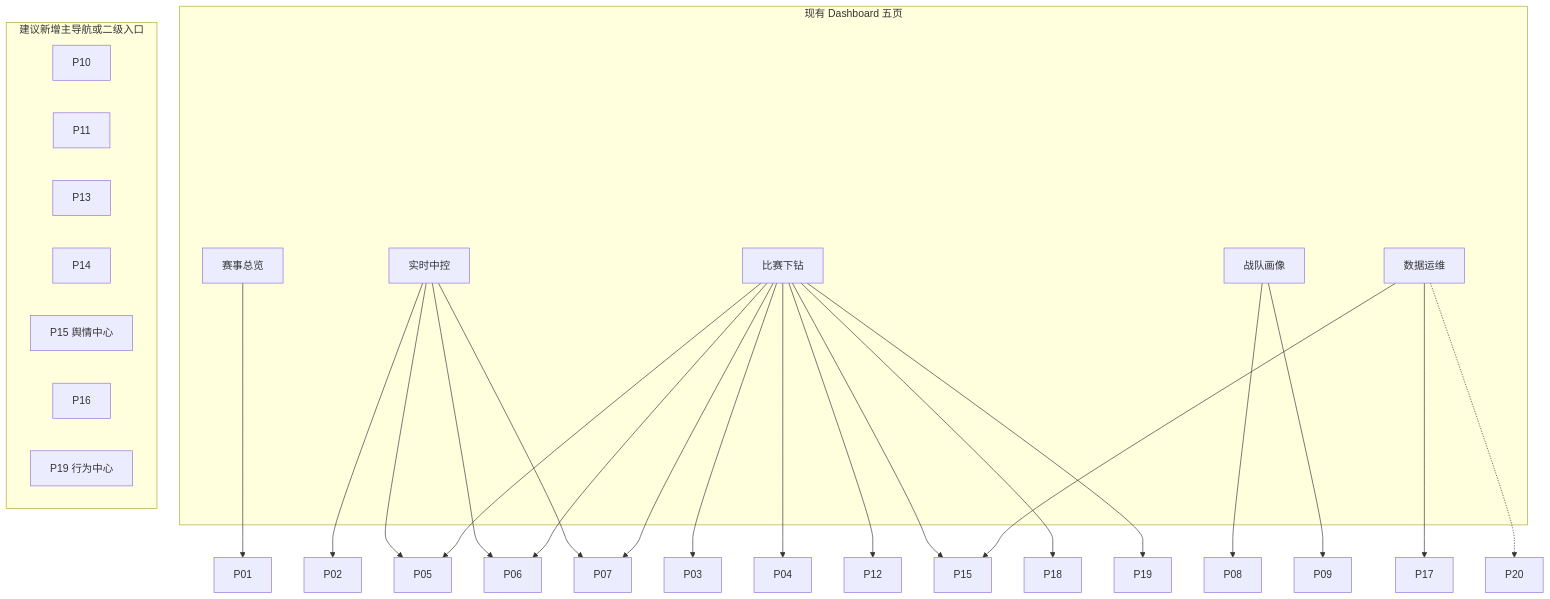
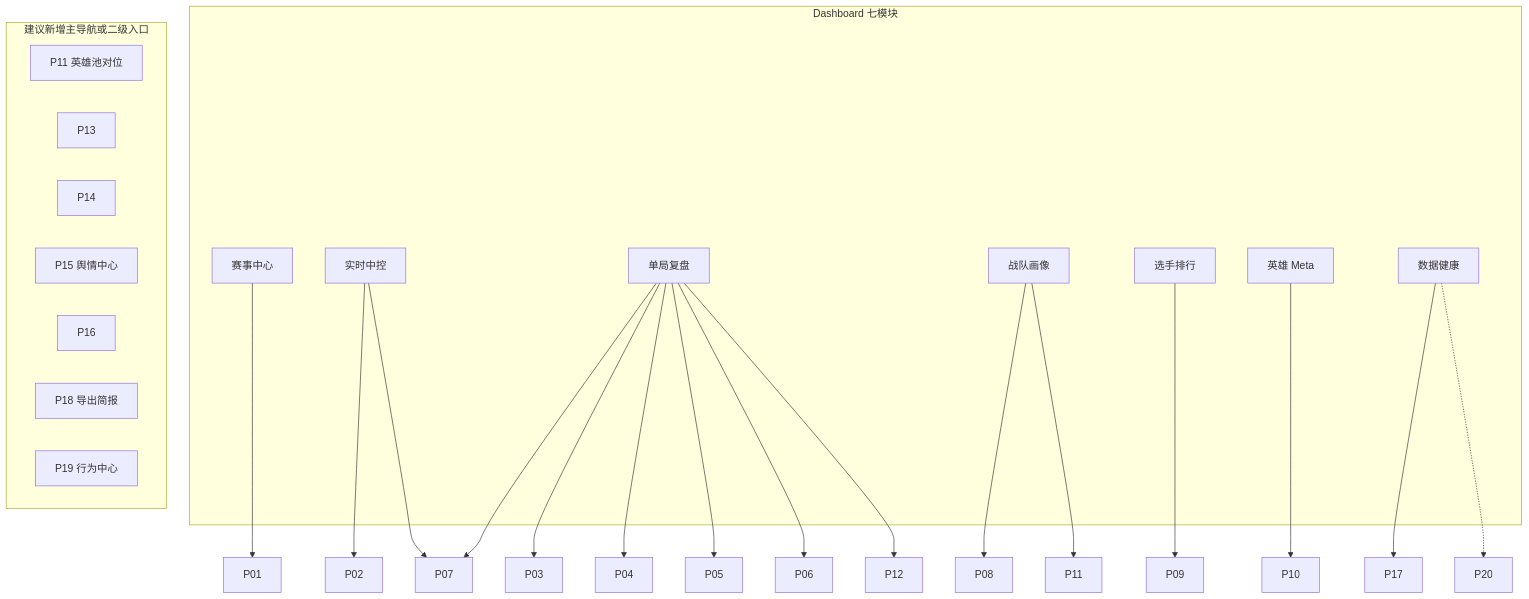
One commit to hccccc01333/KPLdata changed the diagram in docs/product/00-Dashboard映射.md. Above: the diagram before and after it, drawn with Mermaid. The commit also changed other lines of this file and 1 other file, not shown here.

Commit message:
Re-baseline product mapping to 7-module dashboard

````diff
--- a/docs/product/00-Dashboard映射.md
+++ b/docs/product/00-Dashboard映射.md
@@ -48,40 +50,38 @@
 ```mermaid
 flowchart TB
-  subgraph Dash [现有 Dashboard 五页]
-    O[赛事总览]
+  subgraph Dash [Dashboard 七模块]
+    S[赛事中心]
     L[实时中控]
-    D[比赛下钻]
+    R[单局复盘]
     T[战队画像]
-    Ops[数据运维]
+    Pl[选手排行]
+    H[英雄 Meta]
+    Ops[数据健康]
   end
 
-  O --> P01
+  S --> P01
   L --> P02
-  L --> P05
-  L --> P06
   L --> P07
-  D --> P03
-  D --> P04
-  D --> P05
-  D --> P06
-  D --> P07
-  D --> P12
-  D --> P15
-  D --> P18
-  D --> P19
+  R --> P03
+  R --> P04
+  R --> P05
+  R --> P06
+  R --> P07
+  R --> P12
   T --> P08
-  T --> P09
+  T --> P11
+  Pl --> P09
+  H --> P10
   Ops --> P17
-  Ops --> P15
   Ops -.-> P20
 
   subgraph NewPages [建议新增主导航或二级入口]
-    P10
-    P11
+    P11N[P11 英雄池对位]
     P13
     P14
     P15N[P15 舆情中心]
     P16
+    P18N[P18 导出简报]
     P19N[P19 行为中心]
   end
 ```
````
